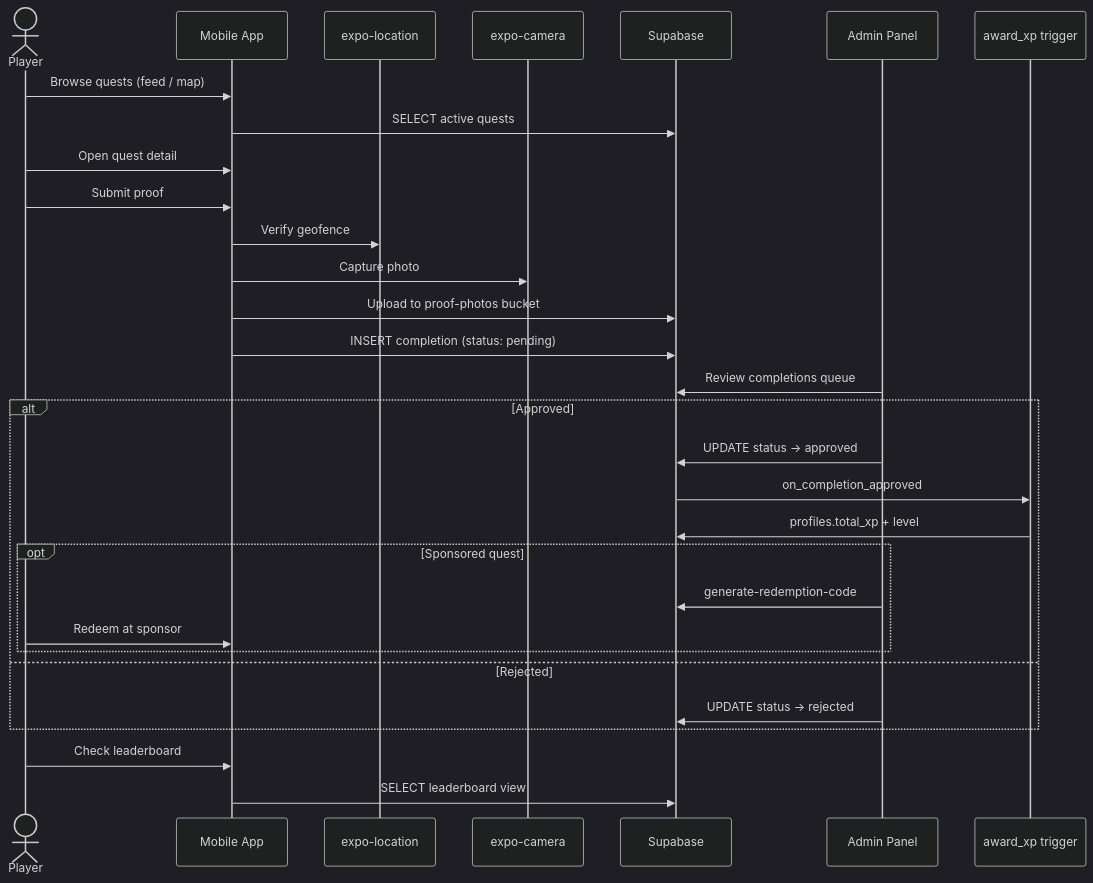
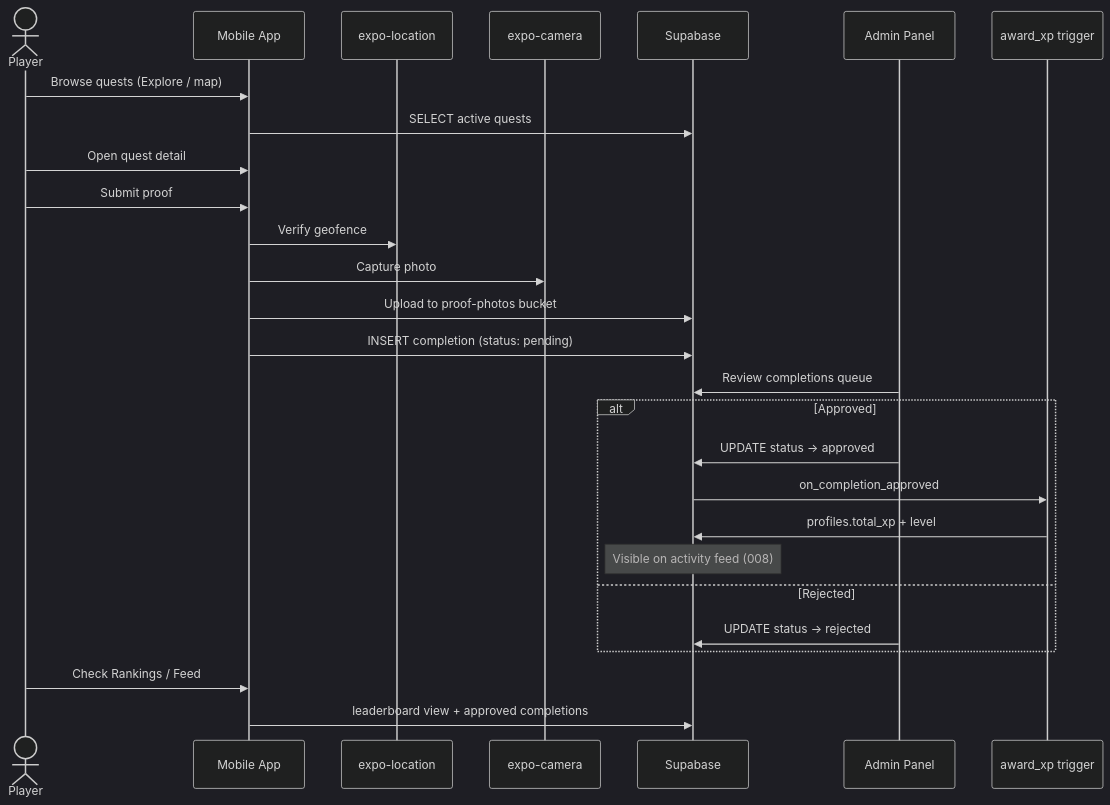
One commit to Rahilyw/Kuest changed the fourth of 4 diagrams in ARCHITECTURE.md. Above: the diagram before and after it, drawn with Mermaid (dark theme). The commit also changed other lines of this file and 7 other files, not shown here.

````diff
--- a/ARCHITECTURE.md
+++ b/ARCHITECTURE.md
@@ -168,35 +113,32 @@
 ```mermaid
 sequenceDiagram
     actor Player
     participant Mobile as Mobile App
     participant GPS as expo-location
     participant Camera as expo-camera
     participant SB as Supabase
     participant Admin as Admin Panel
     participant Trigger as award_xp trigger
 
-    Player->>Mobile: Browse quests (feed / map)
+    Player->>Mobile: Browse quests (Explore / map)
     Mobile->>SB: SELECT active quests
     Player->>Mobile: Open quest detail
     Player->>Mobile: Submit proof
     Mobile->>GPS: Verify geofence
     Mobile->>Camera: Capture photo
     Mobile->>SB: Upload to proof-photos bucket
     Mobile->>SB: INSERT completion (status: pending)
 
     Admin->>SB: Review completions queue
     alt Approved
         Admin->>SB: UPDATE status → approved
         SB->>Trigger: on_completion_approved
         Trigger->>SB: profiles.total_xp + level
-        opt Sponsored quest
-            Admin->>SB: generate-redemption-code
-            Player->>Mobile: Redeem at sponsor
-        end
+        Note over SB: Visible on activity feed (008)
     else Rejected
         Admin->>SB: UPDATE status → rejected
     end
 
-    Player->>Mobile: Check leaderboard
-    Mobile->>SB: SELECT leaderboard view
+    Player->>Mobile: Check Rankings / Feed
+    Mobile->>SB: leaderboard view + approved completions
 ```
````
